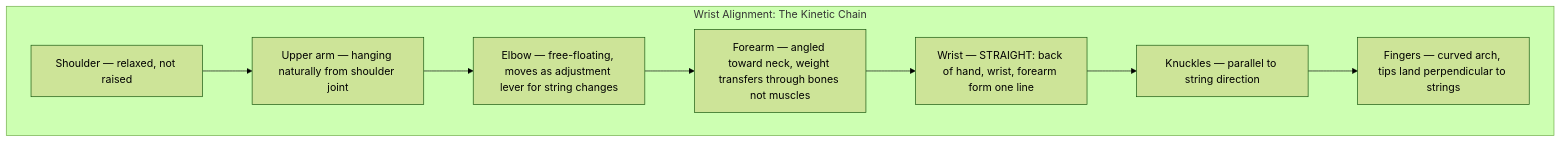
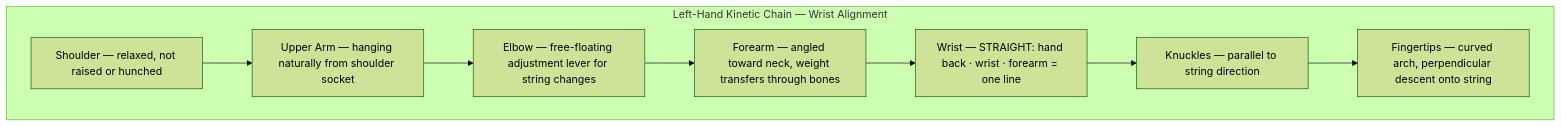
The second of 6 diagrams in topics/arts/music_performance/bass_guitar/lesson_01_technique_and_fretboard_mechanics.md (blebleblee/synapse), drawn with Mermaid (forest theme) before and after one commit. The commit also changed other lines of this file and 4 other files, not shown here.

````diff
--- a/topics/arts/music_performance/bass_guitar/lesson_01_technique_and_fretboard_mechanics.md
+++ b/topics/arts/music_performance/bass_guitar/lesson_01_technique_and_fretboard_mechanics.md
@@ -125,11 +131,13 @@
 ```mermaid
 graph TD
-    subgraph sub_wrist ["Wrist Alignment: The Kinetic Chain"]
-        A["Shoulder — relaxed, not raised"] --> B["Upper arm — hanging naturally from shoulder joint"]
-        B --> C["Elbow — free-floating, moves as adjustment lever for string changes"]
-        C --> D["Forearm — angled toward neck, weight transfers through bones not muscles"]
-        D --> E["Wrist — STRAIGHT: back of hand, wrist, forearm form one line"]
-        E --> F["Knuckles — parallel to string direction"]
-        F --> G["Fingers — curved arch, tips land perpendicular to strings"]
+    subgraph sub_chain ["Left-Hand Kinetic Chain — Wrist Alignment"]
+        A["Shoulder — relaxed, not raised or hunched"]
+        B["Upper Arm — hanging naturally from shoulder socket"]
+        C["Elbow — free-floating adjustment lever for string changes"]
+        D["Forearm — angled toward neck, weight transfers through bones"]
+        E["Wrist — STRAIGHT: hand back · wrist · forearm = one line"]
+        F["Knuckles — parallel to string direction"]
+        G["Fingertips — curved arch, perpendicular descent onto string"]
+        A --> B --> C --> D --> E --> F --> G
     end
 ```
````
